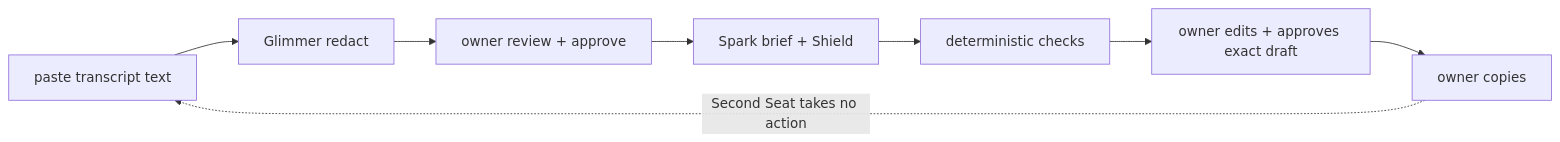
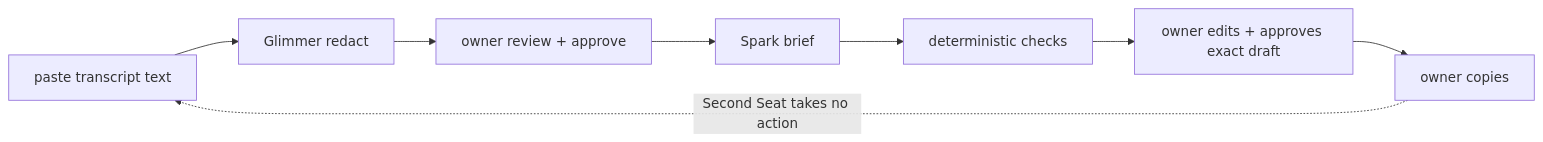
The diagram in docs/engineering-log.md (Bridgett50/second-seat-hackathon), drawn with Mermaid before and after one commit. The commit also changed other lines of this file and 9 other files, not shown here.

````diff
--- a/docs/engineering-log.md
+++ b/docs/engineering-log.md
@@ -74,10 +74,10 @@
 ```mermaid
 flowchart LR
     A[paste transcript text] --> B[Glimmer redact]
     B --> C[owner review + approve]
-    C --> D[Spark brief + Shield]
+    C --> D[Spark brief]
     D --> E[deterministic checks]
     E --> F[owner edits + approves exact draft]
     F --> G[owner copies]
     G -. Second Seat takes no action .-> A
 ```
````
